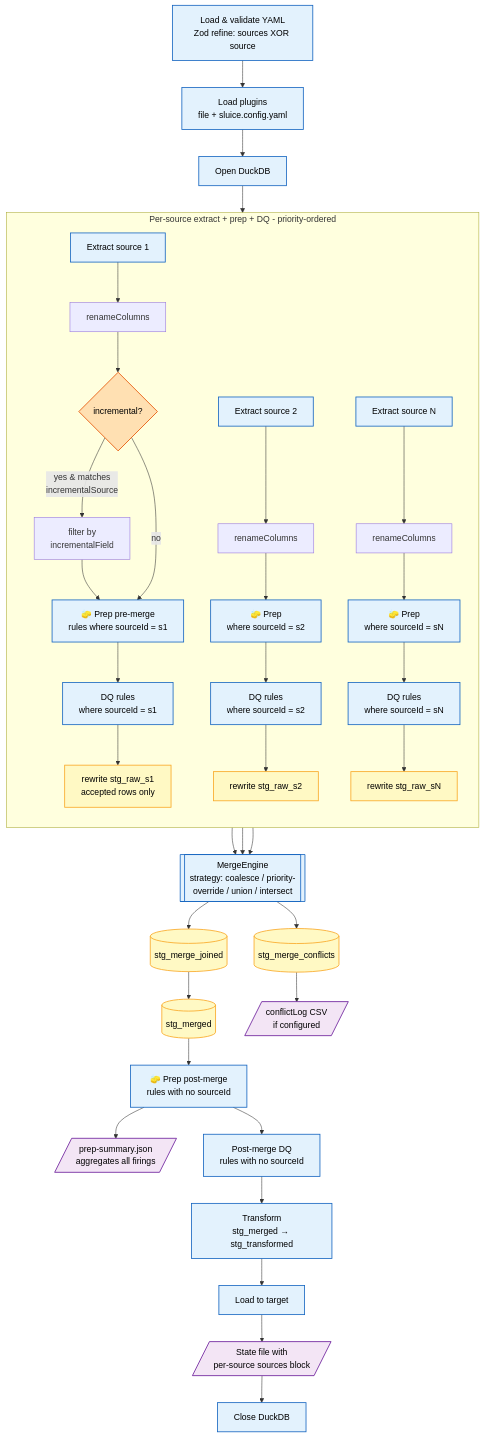
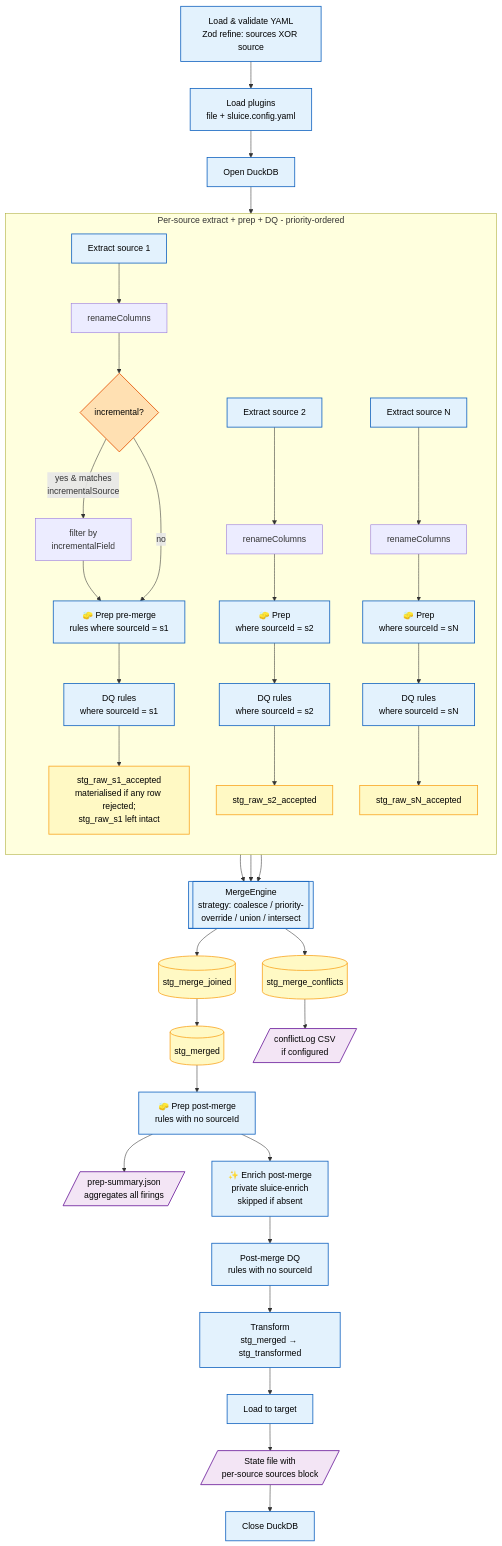
One commit to caracal-lynx/sluice changed the fifth of 15 diagrams in docs/architecture-diagrams.md. Above: the diagram before and after it, drawn with Mermaid. The commit also changed other lines of this file, not shown here.

First line of the commit message:
docs(sluice): correct the architecture diagrams and add a stages overview (#99)

````diff
--- a/docs/architecture-diagrams.md
+++ b/docs/architecture-diagrams.md
@@ -251,46 +373,47 @@
 ```mermaid
 flowchart TB
     classDef phase fill:#E3F2FD,stroke:#1565C0,stroke-width:1.5px,color:#000
     classDef stage fill:#FFF9C4,stroke:#F9A825,stroke-width:1.5px,color:#000
     classDef decision fill:#FFE0B2,stroke:#E65100,stroke-width:1.5px,color:#000
     classDef output fill:#F3E5F5,stroke:#6A1B9A,stroke-width:1.5px,color:#000
 
     A[Load & validate YAML<br/>Zod refine: sources XOR source]:::phase
     B[Load plugins<br/>file + sluice.config.yaml]:::phase
     C[Open DuckDB]:::phase
 
     subgraph PerSource[Per-source extract + prep + DQ - priority-ordered]
       direction TB
       S1[Extract source 1]:::phase --> R1[renameColumns] --> F1{incremental?}:::decision
       F1 -- yes & matches<br/>incrementalSource --> I1[filter by<br/>incrementalField] --> P1[🧽 Prep pre-merge<br/>rules where sourceId = s1]:::phase
       F1 -- no --> P1
       P1 --> D1[DQ rules<br/>where sourceId = s1]:::phase
-      D1 --> RW1[rewrite stg_raw_s1<br/>accepted rows only]:::stage
+      D1 --> RW1[stg_raw_s1_accepted<br/>materialised if any row rejected;<br/>stg_raw_s1 left intact]:::stage
 
-      S2[Extract source 2]:::phase --> R2[renameColumns] --> P2[🧽 Prep<br/>where sourceId = s2]:::phase --> D2[DQ rules<br/>where sourceId = s2]:::phase --> RW2[rewrite stg_raw_s2]:::stage
-      SN[Extract source N]:::phase --> RN[renameColumns] --> PN[🧽 Prep<br/>where sourceId = sN]:::phase --> DN[DQ rules<br/>where sourceId = sN]:::phase --> RWN[rewrite stg_raw_sN]:::stage
+      S2[Extract source 2]:::phase --> R2[renameColumns] --> P2[🧽 Prep<br/>where sourceId = s2]:::phase --> D2[DQ rules<br/>where sourceId = s2]:::phase --> RW2[stg_raw_s2_accepted]:::stage
+      SN[Extract source N]:::phase --> RN[renameColumns] --> PN[🧽 Prep<br/>where sourceId = sN]:::phase --> DN[DQ rules<br/>where sourceId = sN]:::phase --> RWN[stg_raw_sN_accepted]:::stage
     end
 
     M[[MergeEngine<br/>strategy: coalesce / priority-override / union / intersect]]:::phase
     MJ[(stg_merge_joined)]:::stage
     MG[(stg_merged)]:::stage
     MC[(stg_merge_conflicts)]:::stage
     CLog[/conflictLog CSV<br/>if configured/]:::output
 
     PMP[🧽 Prep post-merge<br/>rules with no sourceId]:::phase
     PSum[/prep-summary.json<br/>aggregates all firings/]:::output
+    ENR[✨ Enrich post-merge<br/>private sluice-enrich<br/>skipped if absent]:::phase
     PMDQ[Post-merge DQ<br/>rules with no sourceId]:::phase
     TX[Transform<br/>stg_merged → stg_transformed]:::phase
     LD[Load to target]:::phase
     ST[/State file with<br/>per-source sources block/]:::output
     CL[Close DuckDB]:::phase
 
     A --> B --> C --> PerSource
     RW1 --> M
     RW2 --> M
     RWN --> M
     M --> MJ --> MG
     M --> MC --> CLog
     MG --> PMP --> PSum
-    PMP --> PMDQ --> TX --> LD --> ST --> CL
+    PMP --> ENR --> PMDQ --> TX --> LD --> ST --> CL
 ```
````
